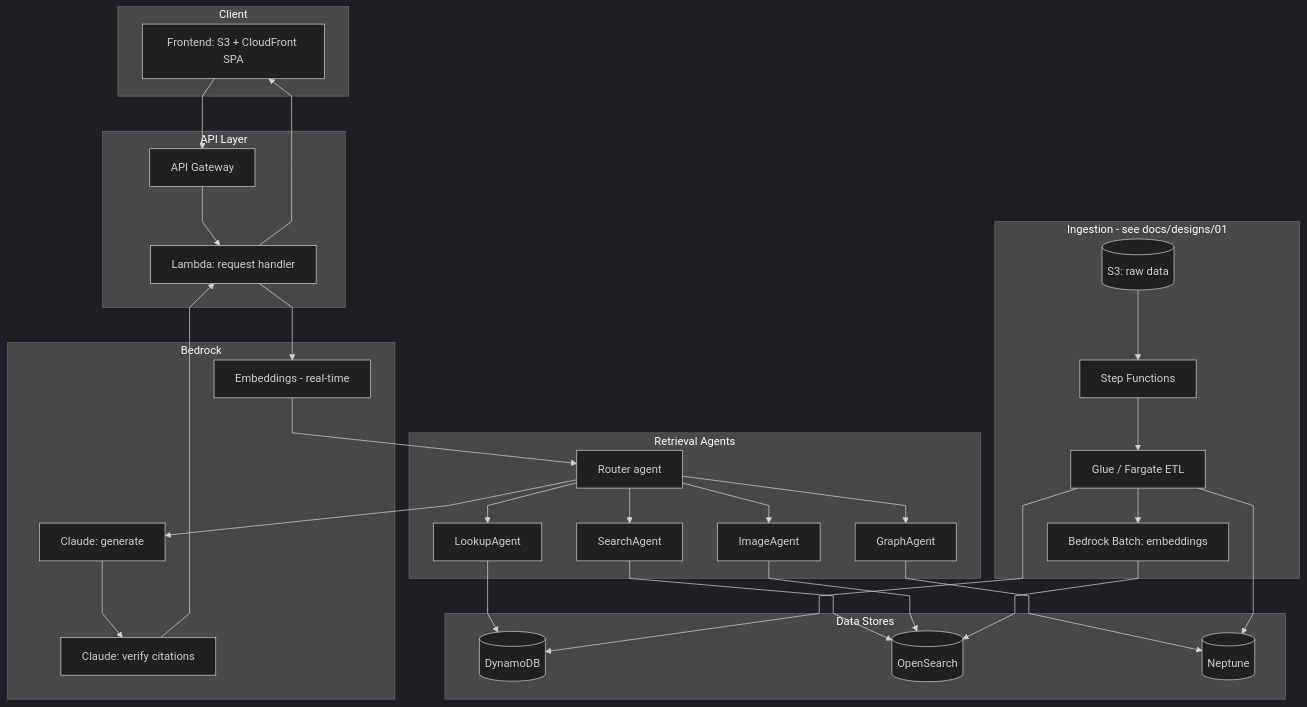
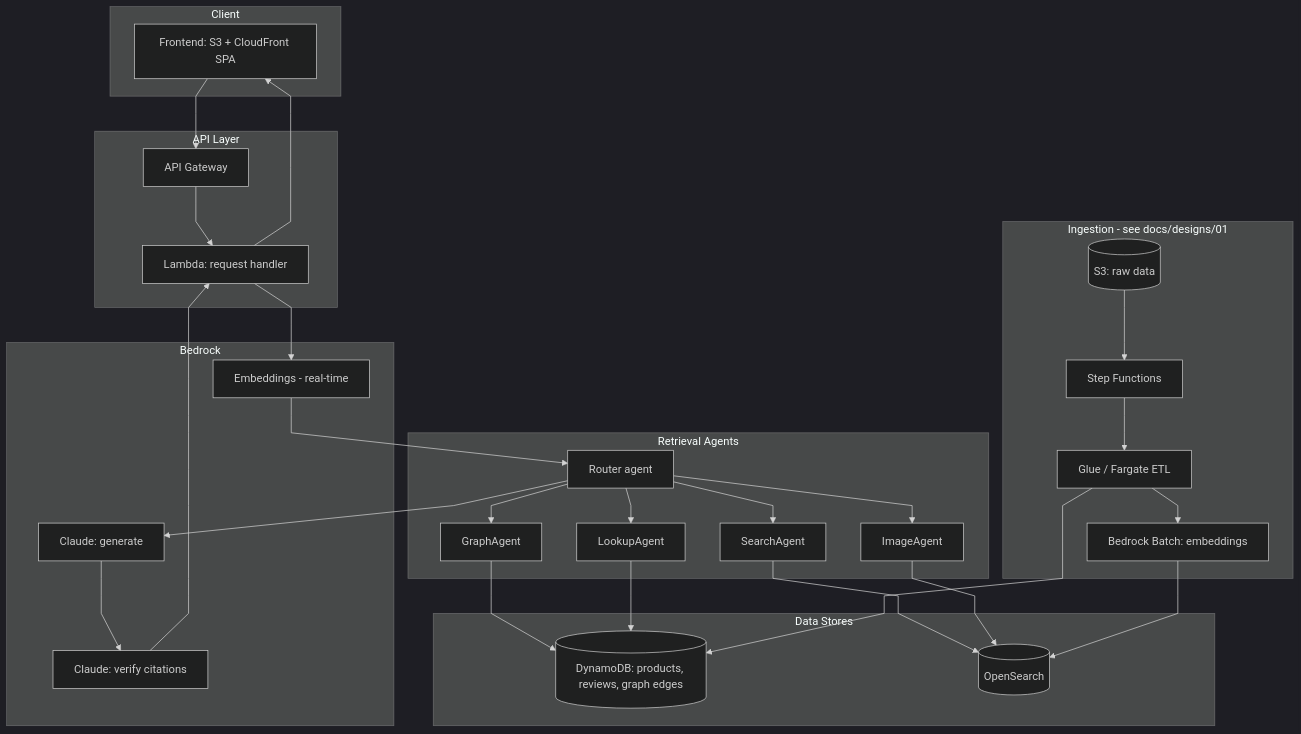
The diagram in README.md (Swati32/RAG-Multimodal-Ecommerce), drawn with Mermaid (dark theme) before and after one commit. The commit also changed other lines of this file and 9 other files, not shown here.

First line of the commit message:
Drop Neptune for DynamoDB adjacency-list graph; deploy and load Phase 1

````diff
--- a/README.md
+++ b/README.md
@@ -9,53 +9,51 @@
 ```mermaid
 %%{init: {'flowchart': {'curve': 'linear'}}}%%
 flowchart TB
     subgraph Client
         FE[Frontend: S3 + CloudFront SPA]
     end
 
     subgraph API Layer
         APIGW[API Gateway]
         LAMBDA[Lambda: request handler]
     end
 
     subgraph Retrieval Agents
         RTR[Router agent]
         SRCH[SearchAgent]
         IMG[ImageAgent]
         GRF[GraphAgent]
         LKP[LookupAgent]
     end
 
     subgraph Data Stores
-        DDB[(DynamoDB)]
+        DDB[(DynamoDB: products, reviews, graph edges)]
         OS[(OpenSearch)]
-        NEP[(Neptune)]
     end
 
     subgraph Bedrock
         EMB[Embeddings - real-time]
         GEN[Claude: generate]
         VER[Claude: verify citations]
     end
 
     subgraph Ingestion - see docs/designs/01
         S3RAW[(S3: raw data)]
         SF[Step Functions]
         ETL[Glue / Fargate ETL]
         BATCH[Bedrock Batch: embeddings]
     end
 
     FE --> APIGW --> LAMBDA
     LAMBDA --> EMB --> RTR
     RTR --> SRCH --> OS
     RTR --> IMG --> OS
-    RTR --> GRF --> NEP
+    RTR --> GRF --> DDB
     RTR --> LKP --> DDB
     RTR --> GEN --> VER --> LAMBDA
     LAMBDA --> FE
 
     S3RAW --> SF --> ETL
     ETL --> DDB
     ETL --> BATCH --> OS
-    ETL --> NEP
 ```
````
